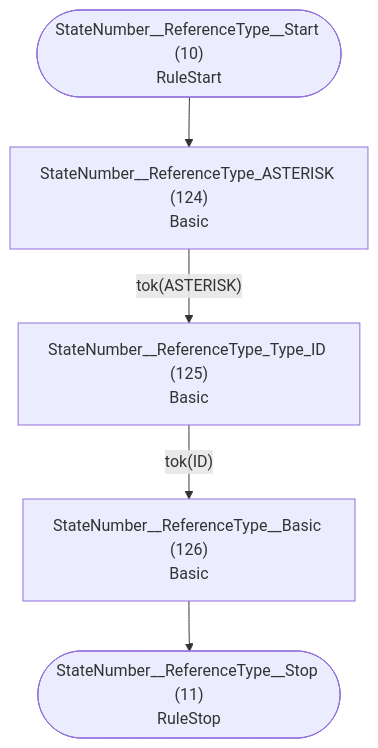
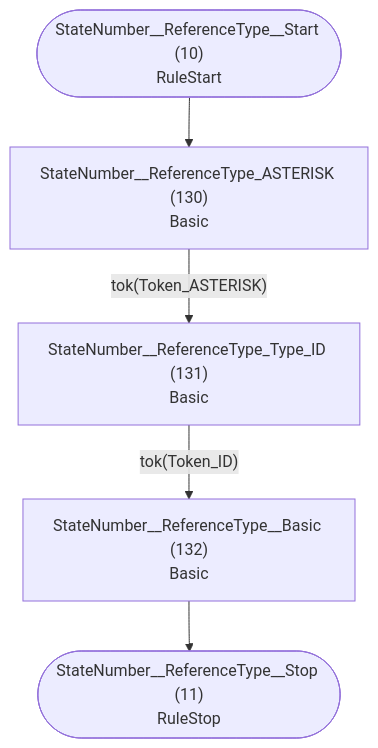
The sixth of 36 diagrams in internal/grammar/atn.md (TypeFox/fastbelt), drawn with Mermaid before and after one commit. The commit also changed other lines of this file and 6 other files, not shown here.

````diff
--- a/internal/grammar/atn.md
+++ b/internal/grammar/atn.md
@@ -184,13 +184,13 @@
 ```mermaid
 flowchart TD
     q10(["StateNumber__ReferenceType__Start (10)<br/>RuleStart"])
     q11(["StateNumber__ReferenceType__Stop (11)<br/>RuleStop"])
-    q124["StateNumber__ReferenceType_ASTERISK (124)<br/>Basic<br/>"]
-    q125["StateNumber__ReferenceType_Type_ID (125)<br/>Basic<br/>"]
-    q126["StateNumber__ReferenceType__Basic (126)<br/>Basic<br/>"]
+    q130["StateNumber__ReferenceType_ASTERISK (130)<br/>Basic<br/>"]
+    q131["StateNumber__ReferenceType_Type_ID (131)<br/>Basic<br/>"]
+    q132["StateNumber__ReferenceType__Basic (132)<br/>Basic<br/>"]
 
-    q10 --> q124
-    q124 -->|"tok(ASTERISK)"| q125
-    q125 -->|"tok(ID)"| q126
-    q126 --> q11
+    q10 --> q130
+    q130 -->|"tok(Token_ASTERISK)"| q131
+    q131 -->|"tok(Token_ID)"| q132
+    q132 --> q11
 ```
````
